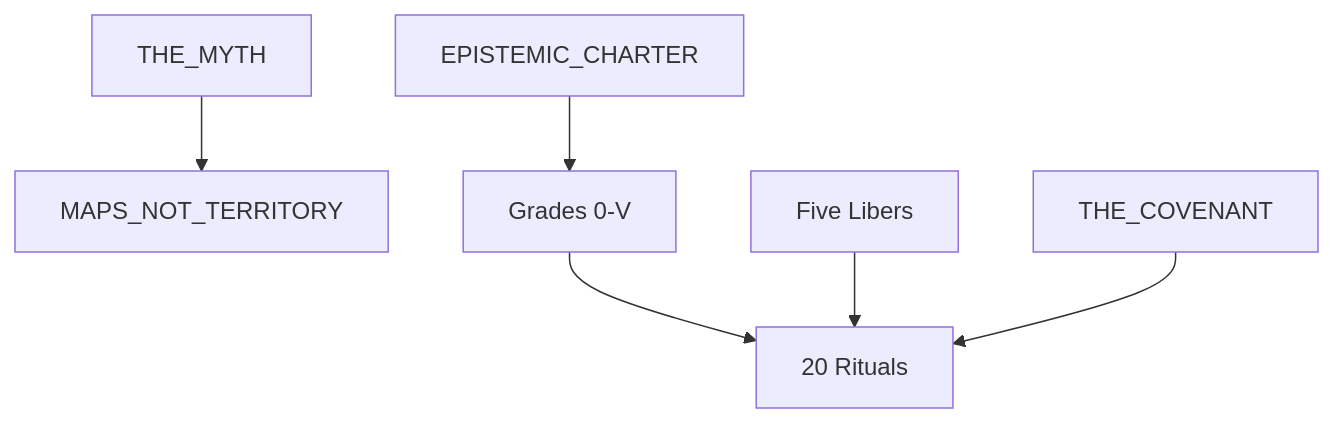
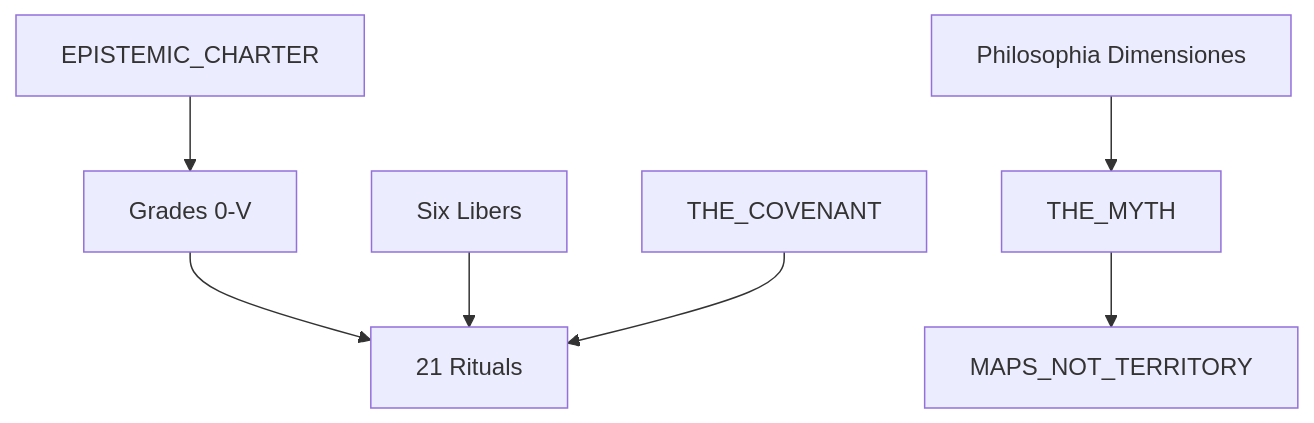
One commit to josephmcnitt/Conscousness changed the diagram in research/esoteric/via_resonantiae/VIA_RESONANTIAE.md. Above: the diagram before and after it, drawn with Mermaid. The commit also changed other lines of this file and 16 other files, not shown here.

First line of the commit message:
Add Philosophia Dimensiones as Via Resonantiae philosophical heart.

````diff
--- a/research/esoteric/via_resonantiae/VIA_RESONANTIAE.md
+++ b/research/esoteric/via_resonantiae/VIA_RESONANTIAE.md
@@ -32,16 +34,18 @@
 ```mermaid
 flowchart TB
     Charter[EPISTEMIC_CHARTER]
+    Phil[Philosophia Dimensiones]
     Myth[THE_MYTH]
     Maps[MAPS_NOT_TERRITORY]
     Grades[Grades 0-V]
-    Libers[Five Libers]
-    Rituals[20 Rituals]
+    Libers[Six Libers]
+    Rituals[21 Rituals]
     Ethics[THE_COVENANT]
 
     Charter --> Grades
+    Phil --> Myth
     Myth --> Maps
     Grades --> Rituals
     Libers --> Rituals
     Ethics --> Rituals
 ```
````
